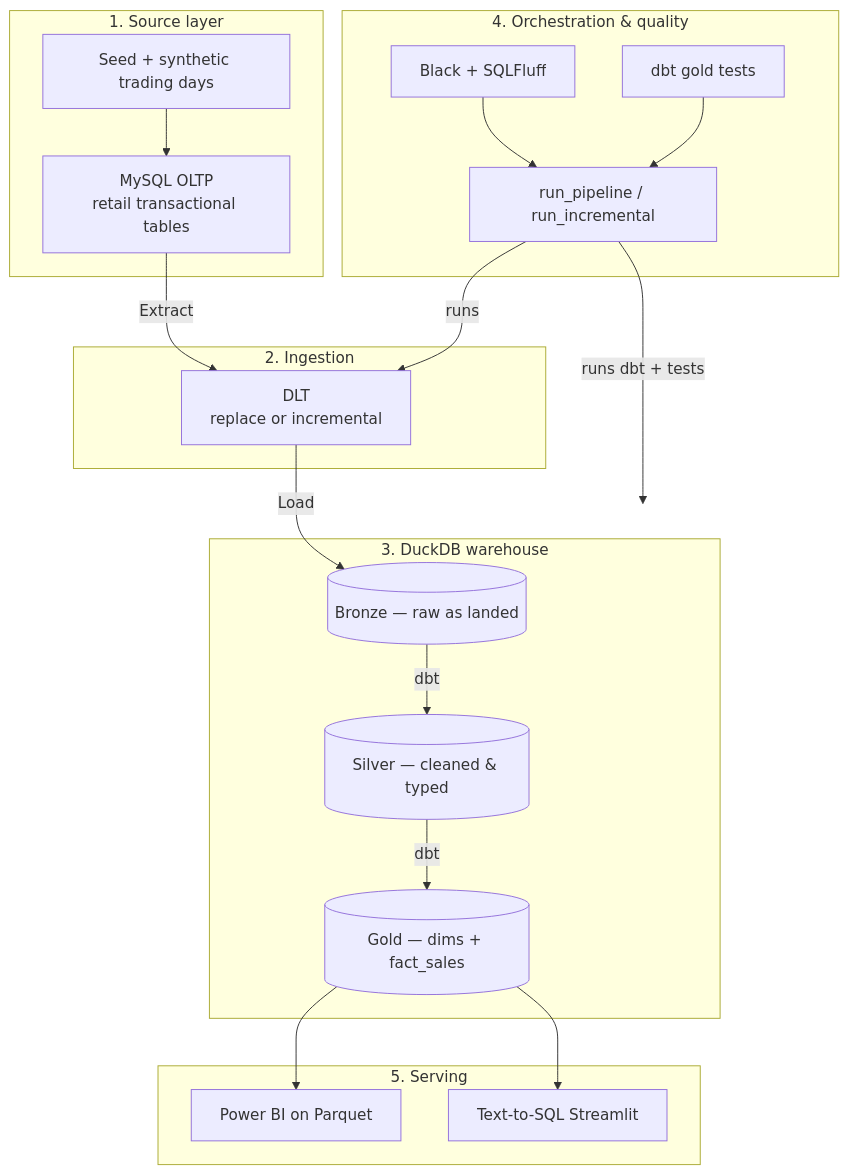
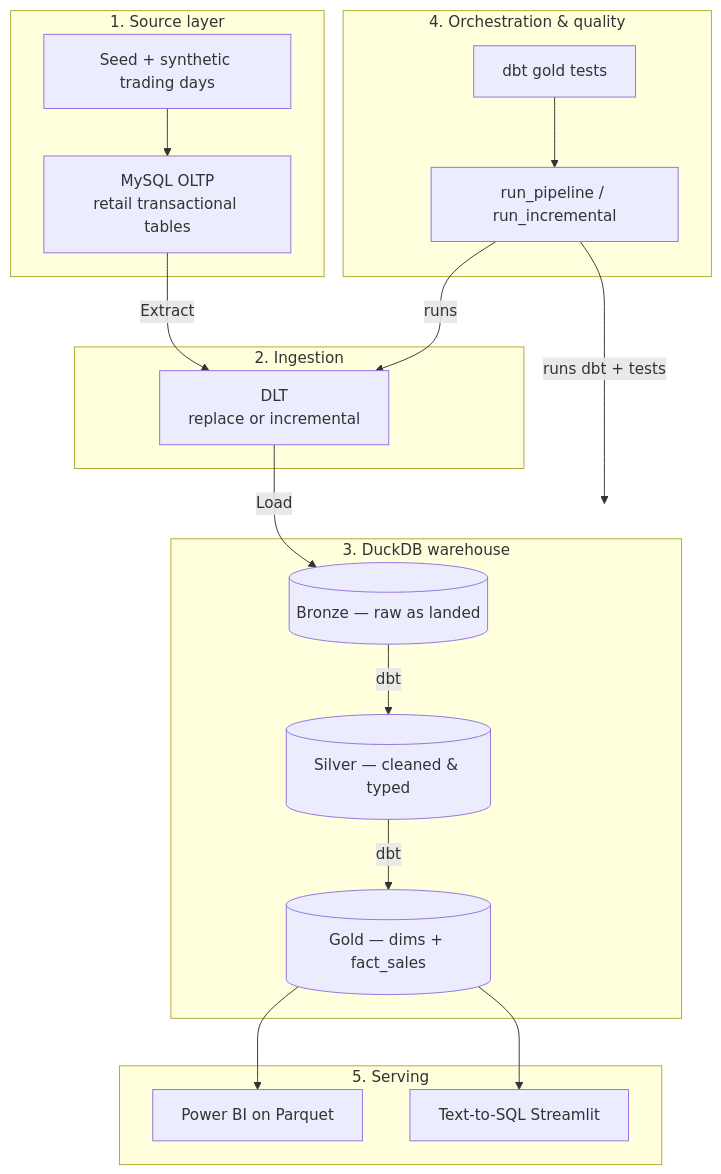
One commit to lehuukimlam/ausie-retail-reporting changed the diagram in docs/data-architecture-stack.md. Above: the diagram before and after it, drawn with Mermaid. The commit also changed other lines of this file and 5 other files, not shown here.

Commit message:
Tighten docs for readability and drop unused Black/SQLFluff.

````diff
--- a/docs/data-architecture-stack.md
+++ b/docs/data-architecture-stack.md
@@ -29,39 +31,37 @@
 ```mermaid
 flowchart TD
     subgraph DataSources ["1. Source layer"]
         GEN["Seed + synthetic trading days"]
         MySQL["MySQL OLTP<br/>retail transactional tables"]
         GEN --> MySQL
     end
 
     subgraph IngestionLayer ["2. Ingestion"]
         DLT["DLT<br/>replace or incremental"]
     end
 
     subgraph WarehouseLayer ["3. DuckDB warehouse"]
         Bronze[("Bronze — raw as landed")]
         Silver[("Silver — cleaned & typed")]
         Gold[("Gold — dims + fact_sales")]
         Bronze -->|dbt| Silver -->|dbt| Gold
     end
 
     subgraph OrchestrationLayer ["4. Orchestration & quality"]
         Orch["run_pipeline / run_incremental"]
-        Quality["Black + SQLFluff"]
         Tests["dbt gold tests"]
     end
 
     subgraph ServingLayer ["5. Serving"]
         PBI["Power BI on Parquet"]
         T2S["Text-to-SQL Streamlit"]
     end
 
     MySQL -->|Extract| DLT
     DLT -->|Load| Bronze
     Orch -->|runs| DLT
     Orch -->|runs dbt + tests| WarehouseLayer
-    Quality --> Orch
     Tests --> Orch
     Gold --> PBI
     Gold --> T2S
 ```
````
